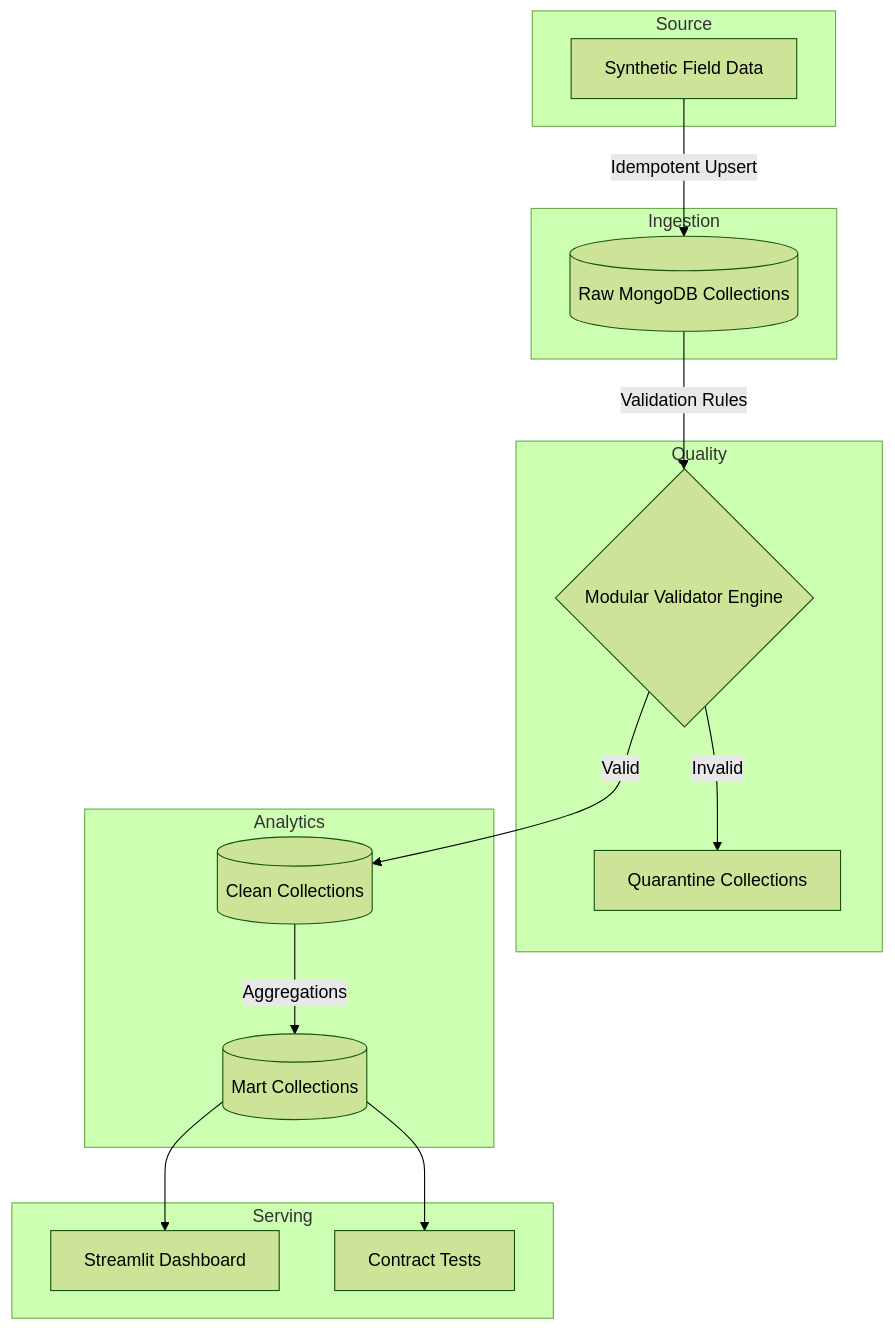
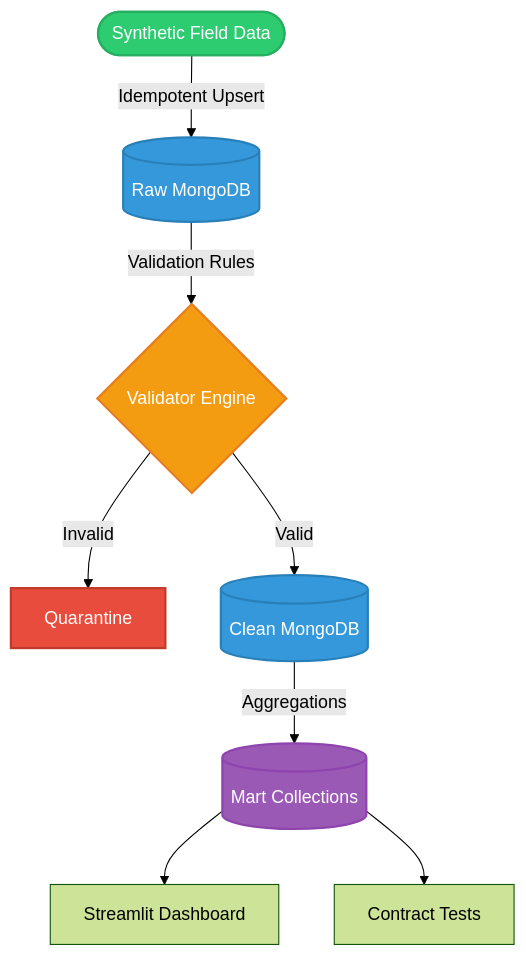
One commit to 2mdipro7/tanzania-education-pipeline changed the diagram in README.md. Above: the diagram before and after it, drawn with Mermaid (forest theme).

Commit message:
docs: remove mermaid subgraphs to fix GitHub rendering bug and add colors

````diff
--- a/README.md
+++ b/README.md
@@ -32,33 +32,17 @@
 ```mermaid
 flowchart TD
-    subgraph Source
-        A[Synthetic Field Data]
-    end
-    
-    subgraph Ingestion
-        B[(Raw MongoDB Collections)]
-    end
-    
-    subgraph Quality
-        C{Modular Validator Engine}
-        D[Quarantine Collections]
-    end
-    
-    subgraph Analytics
-        E[(Clean Collections)]
-        F[(Mart Collections)]
-    end
-    
-    subgraph Serving
-        G[Streamlit Dashboard]
-        H[Contract Tests]
-    end
+    A([Synthetic Field Data]) -->|Idempotent Upsert| B[(Raw MongoDB)]
+    B -->|Validation Rules| C{Validator Engine}
+    C -->|Invalid| D[Quarantine]
+    C -->|Valid| E[(Clean MongoDB)]
+    E -->|Aggregations| F[(Mart Collections)]
+    F --> G[Streamlit Dashboard]
+    F --> H[Contract Tests]
 
-    A -->|Idempotent Upsert| B
-    B -->|Validation Rules| C
-    C -->|Invalid| D
-    C -->|Valid| E
-    E -->|Aggregations| F
-    F --> G
-    F --> H
+    style A fill:#2ecc71,stroke:#27ae60,stroke-width:2px,color:#fff
+    style C fill:#f39c12,stroke:#e67e22,stroke-width:2px,color:#fff
+    style D fill:#e74c3c,stroke:#c0392b,stroke-width:2px,color:#fff
+    style B fill:#3498db,stroke:#2980b9,stroke-width:2px,color:#fff
+    style E fill:#3498db,stroke:#2980b9,stroke-width:2px,color:#fff
+    style F fill:#9b59b6,stroke:#8e44ad,stroke-width:2px,color:#fff
 ```
````
